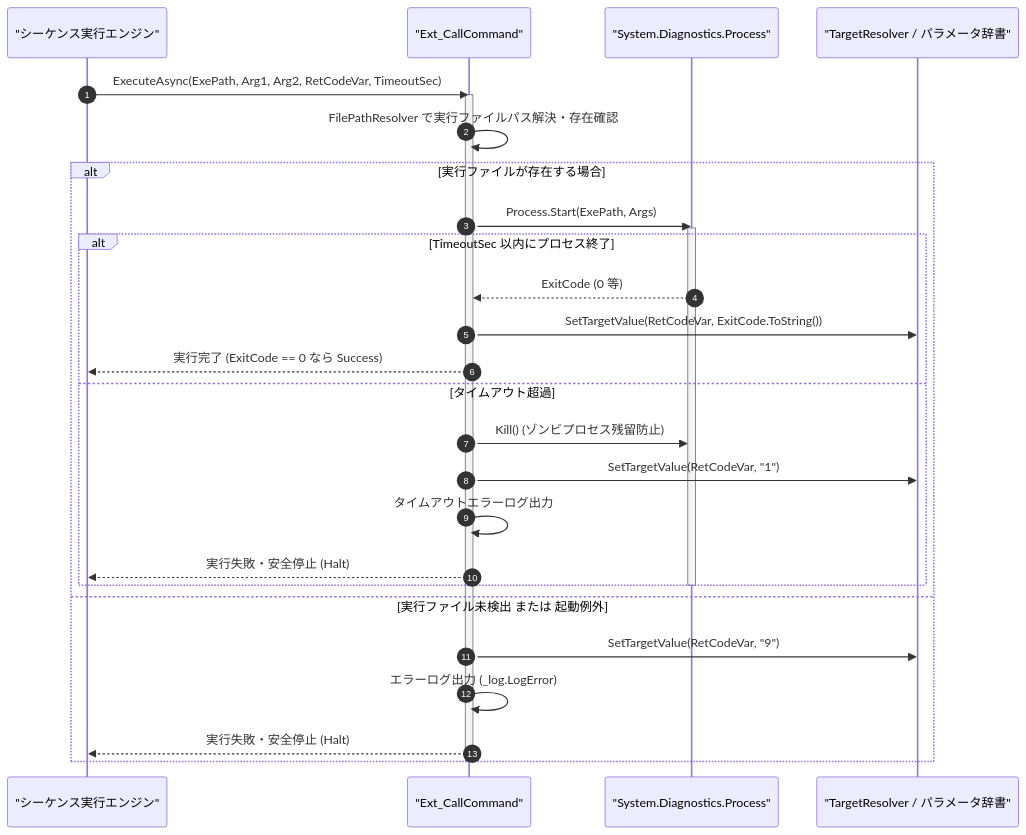
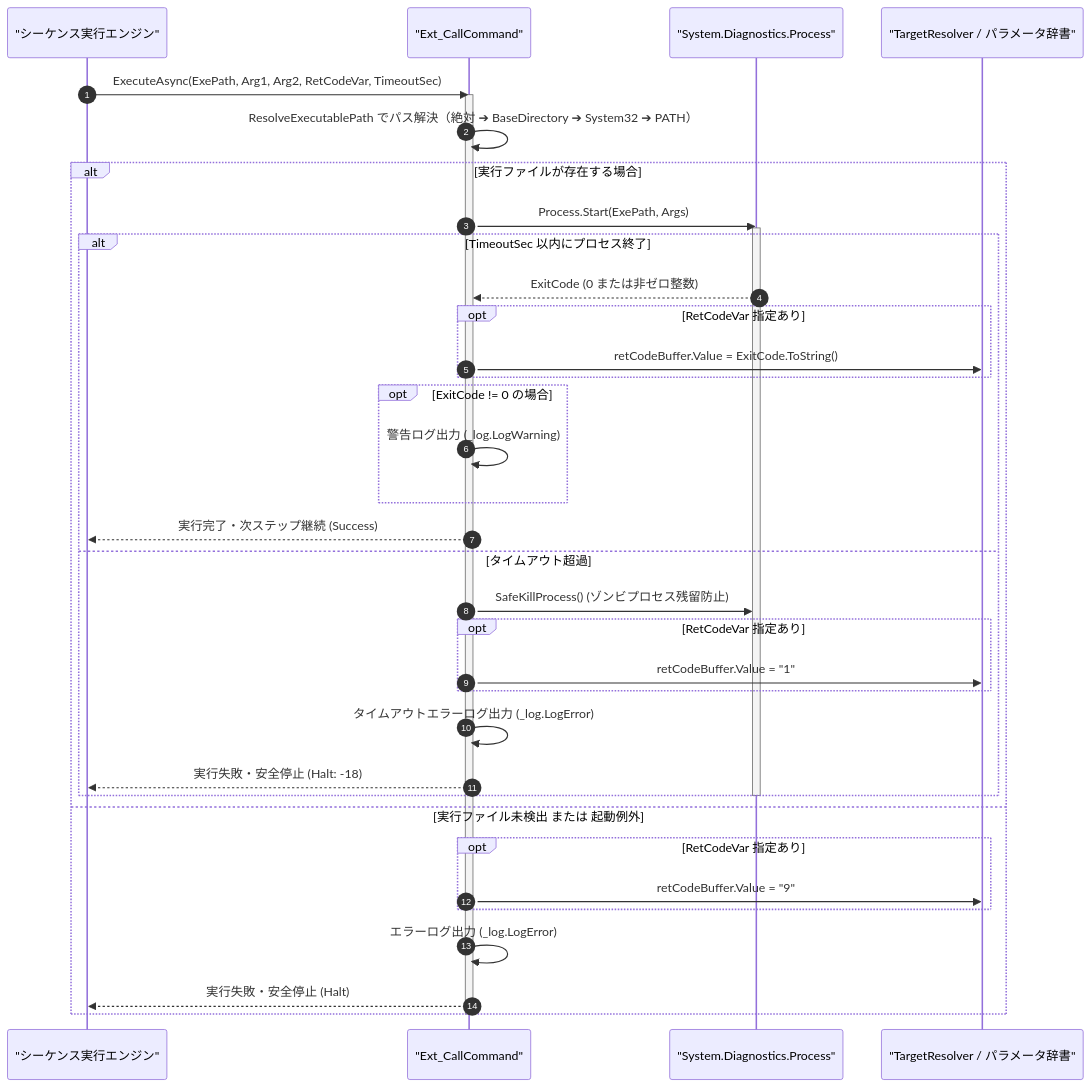
Before and after one commit to Monaca-App/TermAddIn: the diagram in Manual/Core/Sequence/Ext_Call.Md, drawn with Mermaid. The commit also changed other lines of this file and 157 other files, not shown here.

````diff
--- a/Manual/Core/Sequence/Ext_Call.Md
+++ b/Manual/Core/Sequence/Ext_Call.Md
@@ -71,32 +71,41 @@
 ```mermaid
 sequenceDiagram
     autonumber
     participant Engine as "シーケンス実行エンジン"
     participant Cmd as "Ext_CallCommand"
     participant Proc as "System.Diagnostics.Process"
     participant Target as "TargetResolver / パラメータ辞書"
 
     Engine->>Cmd: ExecuteAsync(ExePath, Arg1, Arg2, RetCodeVar, TimeoutSec)
     activate Cmd
-    Cmd->>Cmd: FilePathResolver で実行ファイルパス解決・存在確認
+    Cmd->>Cmd: ResolveExecutablePath でパス解決（絶対 ➔ BaseDirectory ➔ System32 ➔ PATH）
     alt 実行ファイルが存在する場合
         Cmd->>Proc: Process.Start(ExePath, Args)
         activate Proc
         alt TimeoutSec 以内にプロセス終了
-            Proc-->>Cmd: ExitCode (0 等)
-            Cmd->>Target: SetTargetValue(RetCodeVar, ExitCode.ToString())
-            Cmd-->>Engine: 実行完了 (ExitCode == 0 なら Success)
+            Proc-->>Cmd: ExitCode (0 または非ゼロ整数)
+            opt RetCodeVar 指定あり
+                Cmd->>Target: retCodeBuffer.Value = ExitCode.ToString()
+            end
+            opt ExitCode != 0 の場合
+                Cmd->>Cmd: 警告ログ出力 (_log.LogWarning)
+            end
+            Cmd-->>Engine: 実行完了・次ステップ継続 (Success)
         else タイムアウト超過
-            Cmd->>Proc: Kill() (ゾンビプロセス残留防止)
-            Cmd->>Target: SetTargetValue(RetCodeVar, "1")
-            Cmd->>Cmd: タイムアウトエラーログ出力
-            Cmd-->>Engine: 実行失敗・安全停止 (Halt)
+            Cmd->>Proc: SafeKillProcess() (ゾンビプロセス残留防止)
+            opt RetCodeVar 指定あり
+                Cmd->>Target: retCodeBuffer.Value = "1"
+            end
+            Cmd->>Cmd: タイムアウトエラーログ出力 (_log.LogError)
+            Cmd-->>Engine: 実行失敗・安全停止 (Halt: -18)
         end
         deactivate Proc
     else 実行ファイル未検出 または 起動例外
-        Cmd->>Target: SetTargetValue(RetCodeVar, "9")
+        opt RetCodeVar 指定あり
+            Cmd->>Target: retCodeBuffer.Value = "9"
+        end
         Cmd->>Cmd: エラーログ出力 (_log.LogError)
         Cmd-->>Engine: 実行失敗・安全停止 (Halt)
     end
     deactivate Cmd
 ```
````
